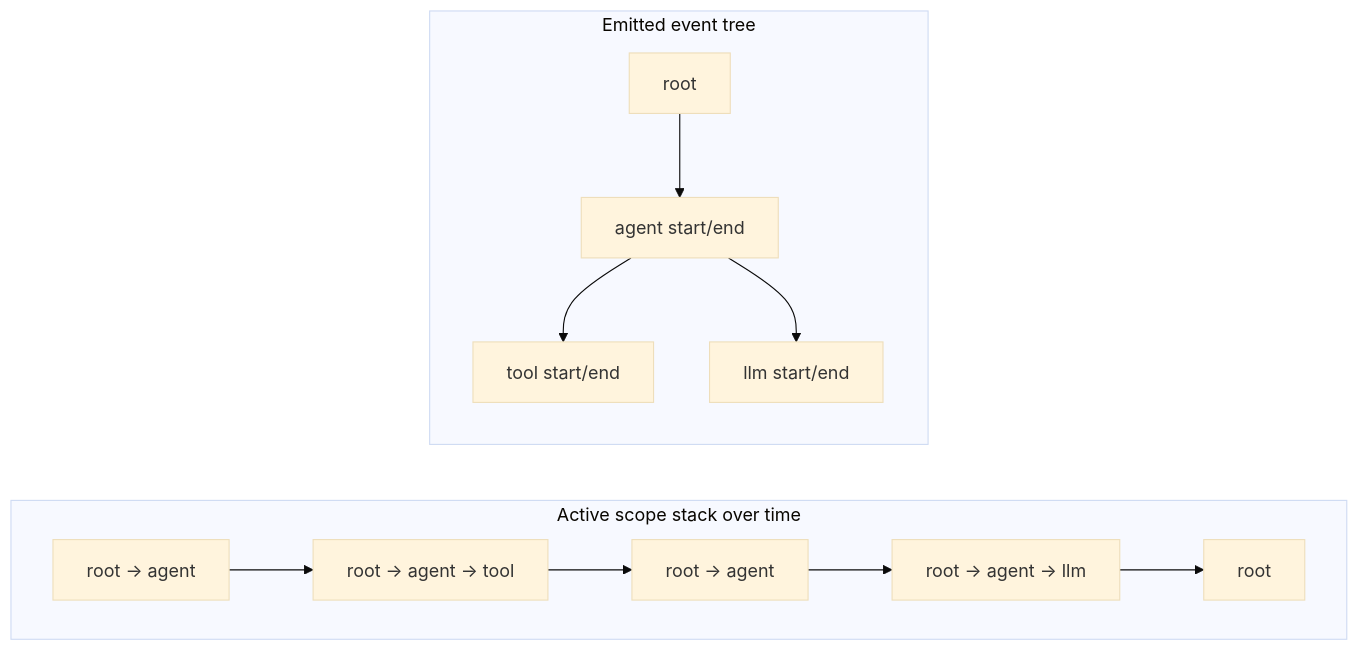
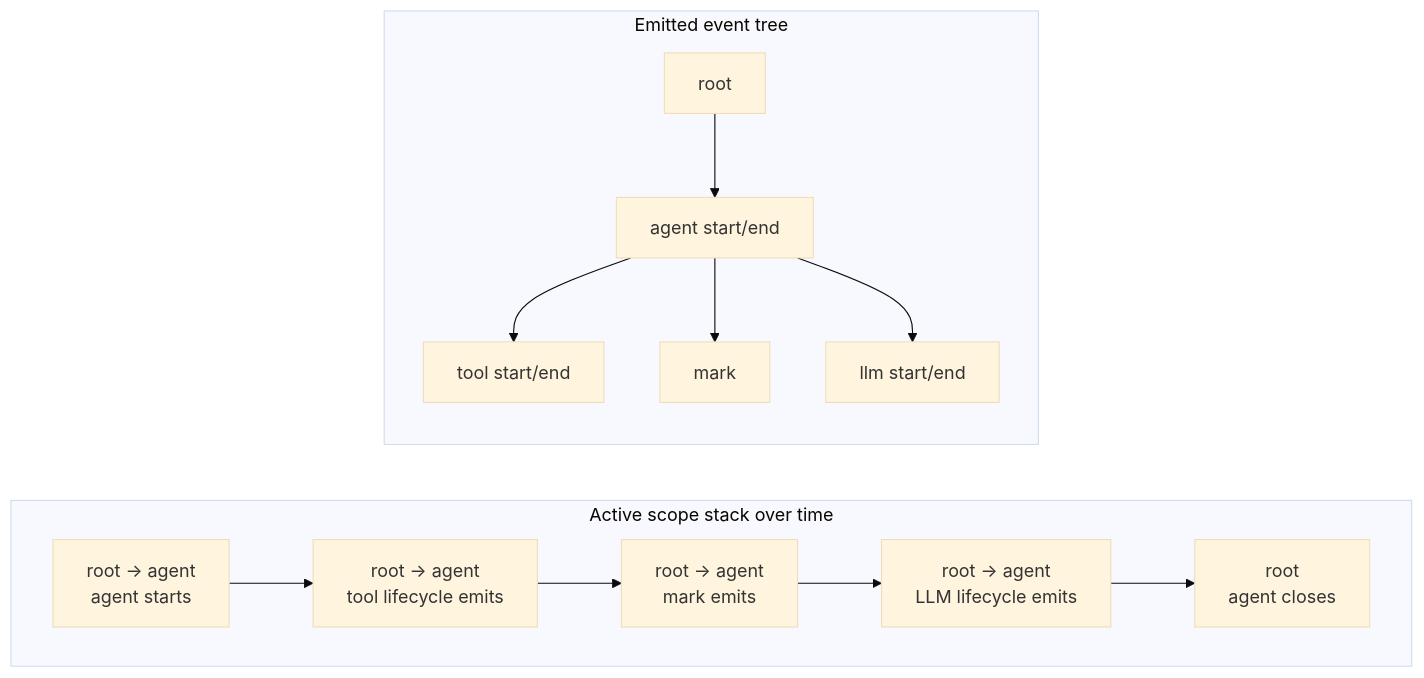
Before and after one commit to NVIDIA/NeMo-Relay: the diagram in docs/about-nemo-relay/concepts/scopes.mdx, drawn with Mermaid (base theme). The commit also changed other lines of this file, not shown here.

Commit message:
docs: correct the scope lifecycle example

````diff
--- a/docs/about-nemo-relay/concepts/scopes.mdx
+++ b/docs/about-nemo-relay/concepts/scopes.mdx
@@ -115,17 +119,18 @@
 ```mermaid
 flowchart LR
   subgraph Stack["Active scope stack over time"]
     direction LR
-    s1["root → agent"] --> s2["root → agent → tool"]
-    s2 --> s3["root → agent"]
-    s3 --> s4["root → agent → llm"]
-    s4 --> s5["root"]
+    s1["root → agent<br/>agent starts"] --> s2["root → agent<br/>tool lifecycle emits"]
+    s2 --> s3["root → agent<br/>mark emits"]
+    s3 --> s4["root → agent<br/>LLM lifecycle emits"]
+    s4 --> s5["root<br/>agent closes"]
   end
 
   subgraph Events["Emitted event tree"]
     direction TB
     root["root"] --> agent["agent start/end"]
     agent --> tool["tool start/end"]
+    agent --> mark["mark"]
     agent --> llm["llm start/end"]
   end
 ```
````
